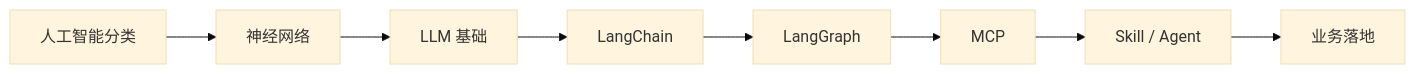
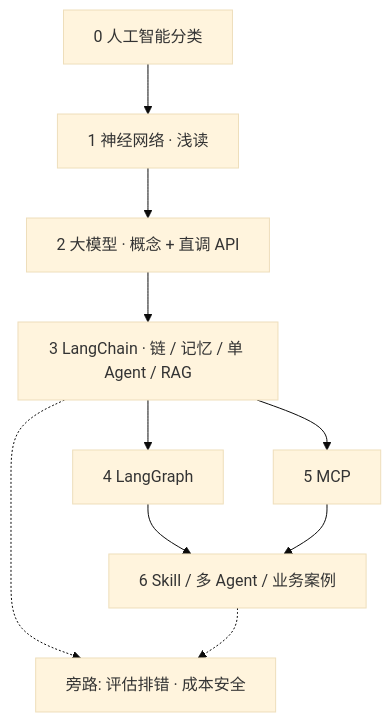
One commit to l552177239/my-note changed the diagram in docs/03.AI/01.学习路线.md. Above: the diagram before and after it, drawn with Mermaid (base theme). The commit also changed other lines of this file and 4 other files, not shown here.

````diff
--- a/docs/03.AI/01.学习路线.md
+++ b/docs/03.AI/01.学习路线.md
@@ -50,10 +57,12 @@
 ```mermaid
-flowchart LR
-  A[人工智能分类] --> B[神经网络]
-  B --> C[LLM 基础]
-  C --> D[LangChain]
-  D --> E[LangGraph]
-  E --> F[MCP]
-  F --> G["Skill / Agent"]
-  G --> H[业务落地]
+flowchart TB
+  A[0 人工智能分类] --> B[1 神经网络 · 浅读]
+  B --> C[2 大模型 · 概念 + 直调 API]
+  C --> D[3 LangChain · 链 / 记忆 / 单 Agent / RAG]
+  D --> E[4 LangGraph]
+  D --> F[5 MCP]
+  E --> G[6 Skill / 多 Agent / 业务案例]
+  F --> G
+  D -.-> H[旁路: 评估排错 · 成本安全]
+  G -.-> H
 ```
````
